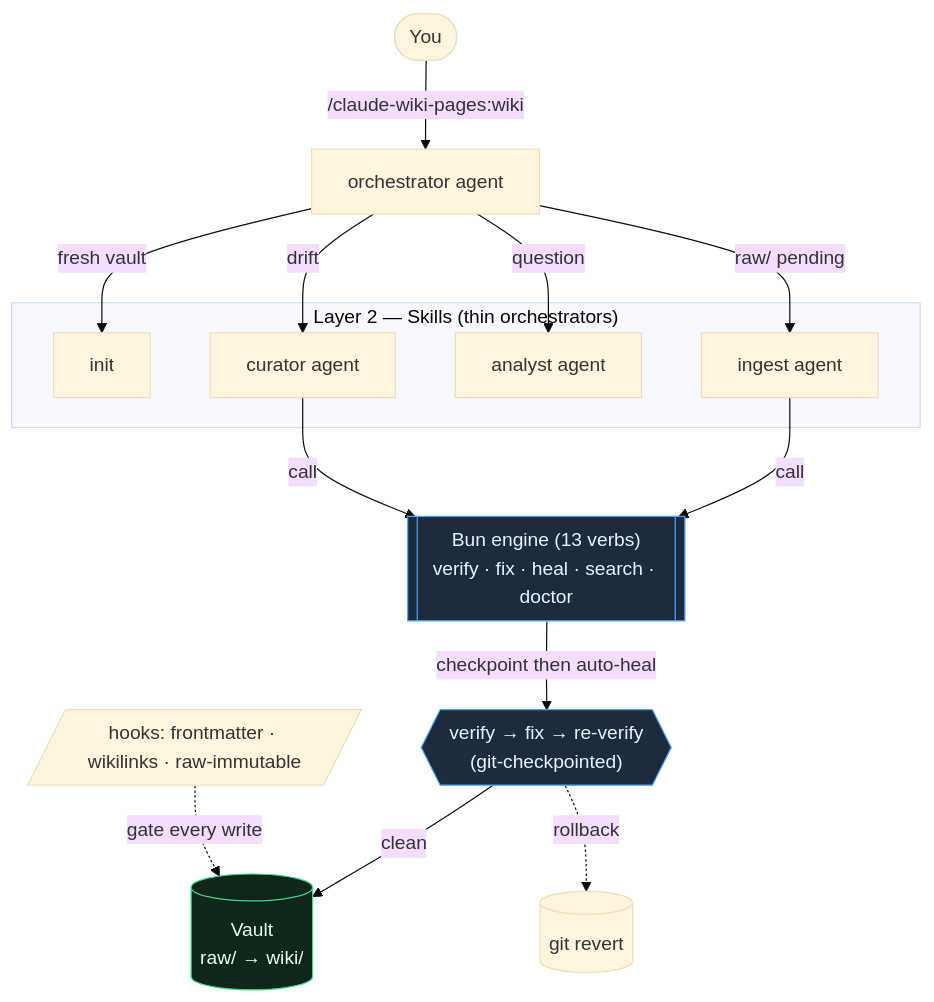
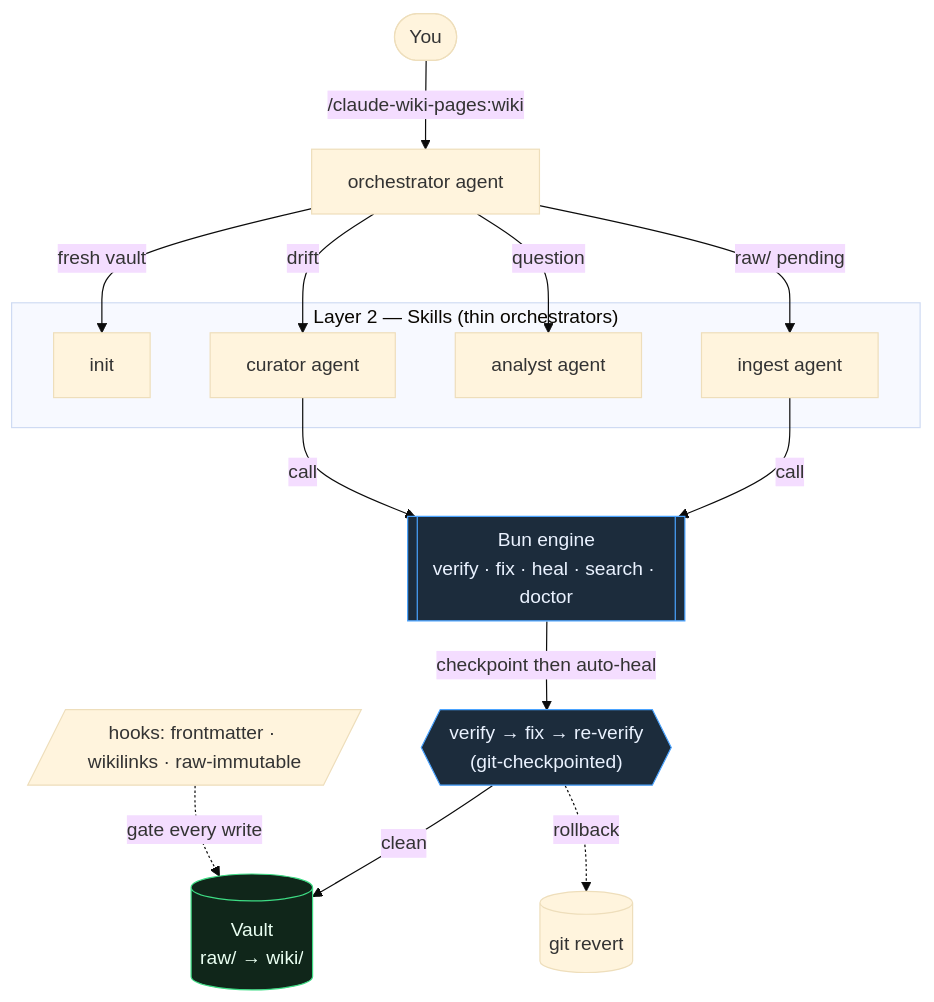
One commit to odere-pro/claude-wiki-pages-plugin changed the diagram in README.md. Above: the diagram before and after it, drawn with Mermaid (base theme). The commit also changed other lines of this file and 2 other files, not shown here.

First line of the commit message:
docs: fix diagram + count drift in README, Pages site, glossary (#61)

````diff
--- a/README.md
+++ b/README.md
@@ -33,24 +33,24 @@
 ```mermaid
 flowchart TD
     U([You]) -->|/claude-wiki-pages:wiki| O[orchestrator agent]
     O -->|fresh vault| INIT[init]
     O -->|raw/ pending| ING[ingest agent]
     O -->|question| ANA[analyst agent]
     O -->|drift| CUR[curator agent]
 
     subgraph L2["Layer 2 — Skills (thin orchestrators)"]
       INIT & ING & ANA & CUR
     end
 
-    ING & CUR -->|call| ENG[["Bun engine (13 verbs)<br/>verify · fix · heal · search · doctor"]]
+    ING & CUR -->|call| ENG[["Bun engine<br/>verify · fix · heal · search · doctor"]]
     ENG -->|checkpoint then auto-heal| HEAL{{"verify → fix → re-verify<br/>(git-checkpointed)"}}
     HEAL -->|clean| VAULT[("Vault<br/>raw/ → wiki/")]
     HEAL -.->|rollback| GIT[(git revert)]
 
     PreHook[/"hooks: frontmatter · wikilinks · raw-immutable"/] -.->|gate every write| VAULT
 
     classDef eng fill:#1c2c3c,stroke:#4aa3ff,color:#eaf2ff;
     classDef vault fill:#10261a,stroke:#3ddc84,color:#eafff2;
     class ENG,HEAL eng;
     class VAULT vault;
 ```
````
